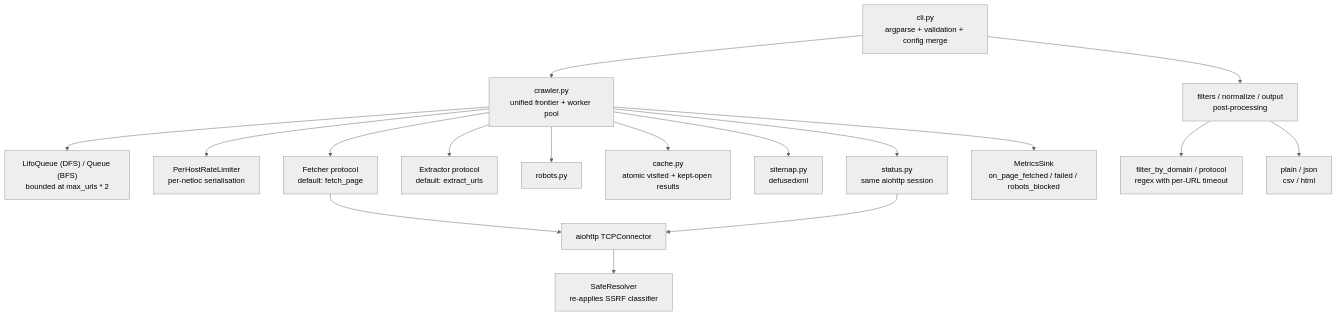
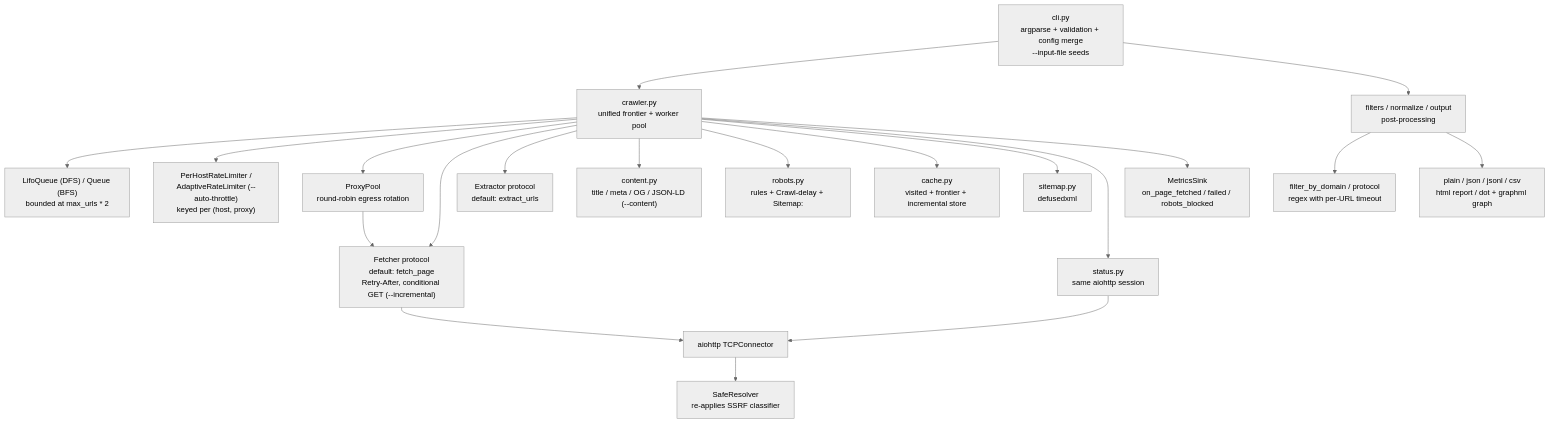
The diagram in README.md (prodrom3/nostrax), drawn with Mermaid (neutral theme) before and after one commit.

Commit message:
docs: refresh architecture diagram for newer components
Update the mermaid flowchart to include ProxyPool (egress rotation),
AdaptiveRateLimiter (--auto-throttle), content.py (--content), the
incremental conditional-GET path and cache store, Crawl-delay/Sitemap in
robots, and the full output format set (jsonl, dot, graphml).

````diff
--- a/README.md
+++ b/README.md
@@ -544,42 +544,47 @@
 ```mermaid
 flowchart TD
-    CLI["cli.py<br/>argparse + validation + config merge"]
+    CLI["cli.py<br/>argparse + validation + config merge<br/>--input-file seeds"]
     Crawler["crawler.py<br/>unified frontier + worker pool"]
     Post["filters / normalize / output<br/>post-processing"]
 
     Frontier["LifoQueue (DFS) / Queue (BFS)<br/>bounded at max_urls * 2"]
-    RateLimiter["PerHostRateLimiter<br/>per-netloc serialisation"]
-    Fetcher["Fetcher protocol<br/>default: fetch_page"]
+    RateLimiter["PerHostRateLimiter /<br/>AdaptiveRateLimiter (--auto-throttle)<br/>keyed per (host, proxy)"]
+    ProxyPool["ProxyPool<br/>round-robin egress rotation"]
+    Fetcher["Fetcher protocol<br/>default: fetch_page<br/>Retry-After, conditional GET (--incremental)"]
     Extractor["Extractor protocol<br/>default: extract_urls"]
-    Robots["robots.py"]
-    Cache["cache.py<br/>atomic visited + kept-open results"]
+    Content["content.py<br/>title / meta / OG / JSON-LD (--content)"]
+    Robots["robots.py<br/>rules + Crawl-delay + Sitemap:"]
+    Cache["cache.py<br/>visited + frontier + incremental store"]
     Sitemap["sitemap.py<br/>defusedxml"]
     Status["status.py<br/>same aiohttp session"]
 
     Connector["aiohttp TCPConnector"]
     Resolver["SafeResolver<br/>re-applies SSRF classifier"]
     Metrics["MetricsSink<br/>on_page_fetched / failed / robots_blocked"]
 
     Filters["filter_by_domain / protocol<br/>regex with per-URL timeout"]
-    Output["plain / json<br/>csv / html"]
+    Output["plain / json / jsonl / csv<br/>html report / dot + graphml graph"]
 
     CLI --> Crawler
     CLI --> Post
 
     Crawler --> Frontier
     Crawler --> RateLimiter
+    Crawler --> ProxyPool
     Crawler --> Fetcher
     Crawler --> Extractor
+    Crawler --> Content
     Crawler --> Robots
     Crawler --> Cache
     Crawler --> Sitemap
     Crawler --> Status
     Crawler --> Metrics
 
+    ProxyPool --> Fetcher
     Fetcher --> Connector
     Status --> Connector
     Connector --> Resolver
 
     Post --> Filters
     Post --> Output
 ```
````
